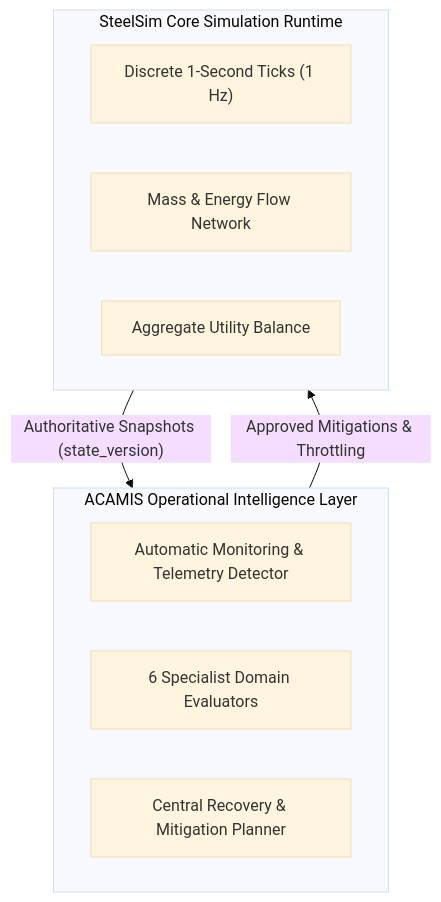
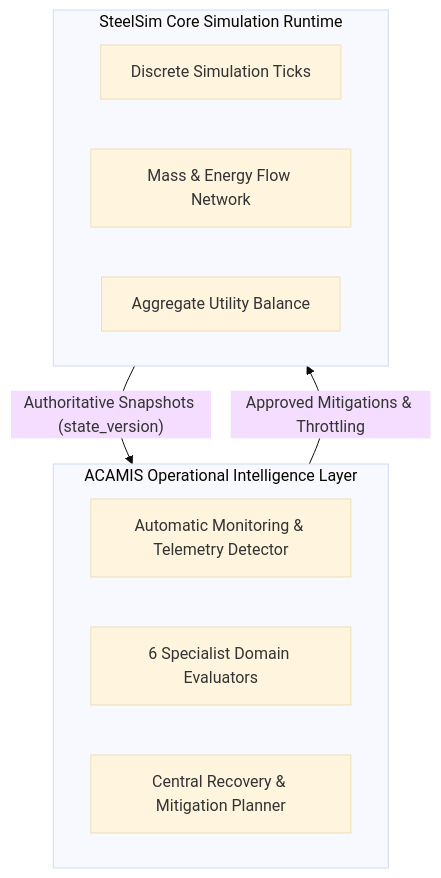
One commit to prabhasb06/steelsim changed the diagram in docs-site/task-3-acamis/overview.md. Above: the diagram before and after it, drawn with Mermaid (base theme). The commit also changed other lines of this file and 20 other files, not shown here.

```diff
--- a/docs-site/task-3-acamis/overview.md
+++ b/docs-site/task-3-acamis/overview.md
@@ -7,17 +7,17 @@
 <pre class="mermaid">
 graph TB
     subgraph ACAMIS ["ACAMIS Operational Intelligence Layer"]
         Monitoring["Automatic Monitoring & Telemetry Detector"]
         Specialists["6 Specialist Domain Evaluators"]
         Recovery["Central Recovery & Mitigation Planner"]
     end
 
     subgraph Core ["SteelSim Core Simulation Runtime"]
-        Ticks["Discrete 1-Second Ticks (1 Hz)"]
+        Ticks["Discrete Simulation Ticks"]
         Flow["Mass & Energy Flow Network"]
         Utilities["Aggregate Utility Balance"]
     end
 
     Core -->|"Authoritative Snapshots (state_version)"| ACAMIS
     ACAMIS -->|"Approved Mitigations & Throttling"| Core
 </pre>
```
